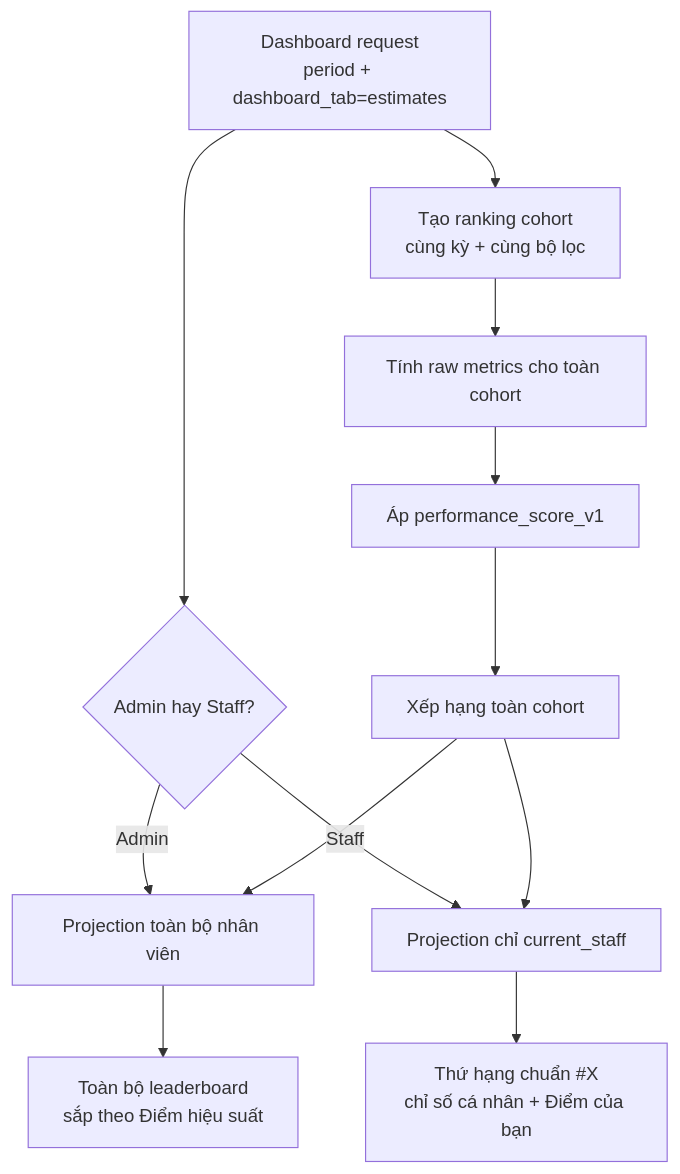
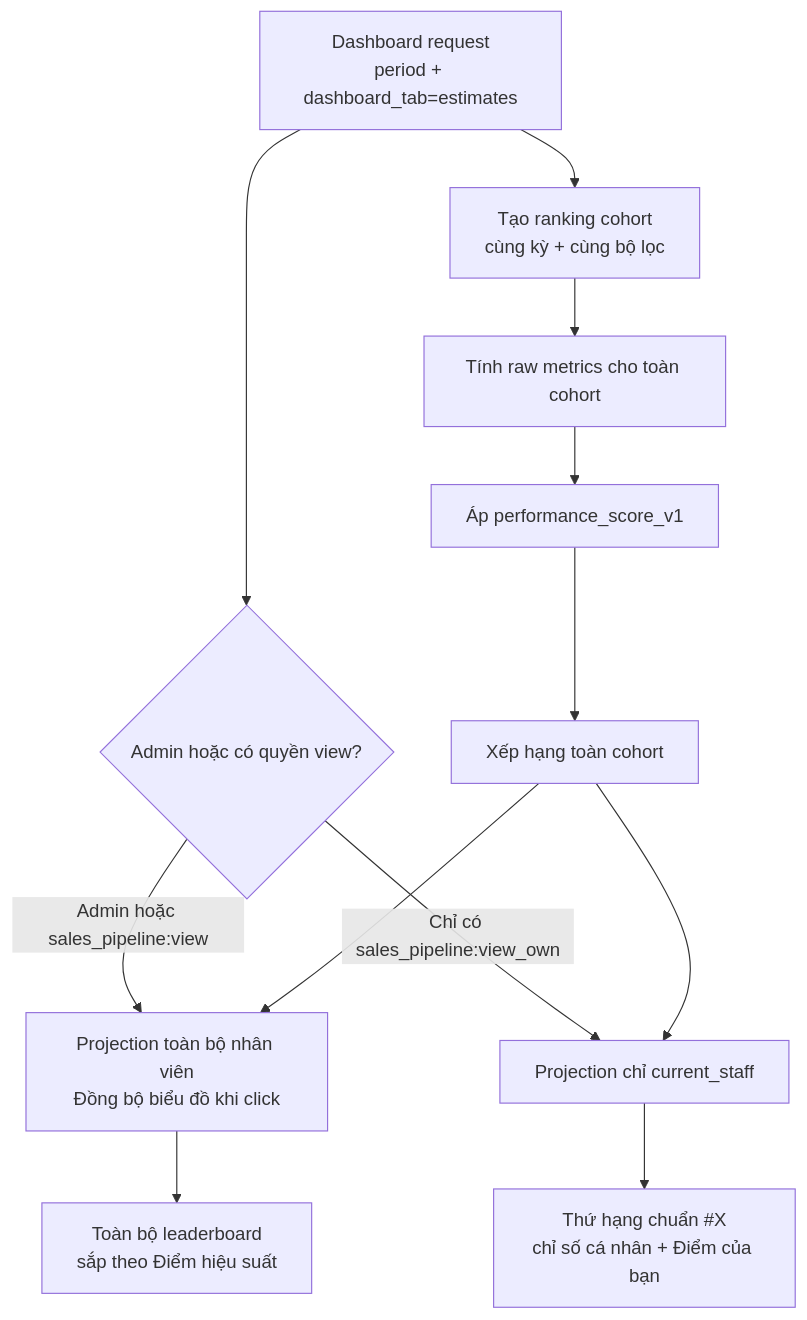
Before and after one commit to portal-Innotel-VN/portal_innotel_vn: the diagram in docs/plans/Sales Pipeline/planUI_Dashboard.md, drawn with Mermaid. The commit also changed 12 other files, not shown here.

Commit message:
feat(sales_pipeline): standardize capability permissions and sync estimate revenue KPI chart

````diff
--- a/docs/plans/Sales Pipeline/planUI_Dashboard.md
+++ b/docs/plans/Sales Pipeline/planUI_Dashboard.md
@@ -69,14 +69,14 @@
 ```mermaid
 flowchart TD
-    REQUEST["Dashboard request<br/>period + dashboard_tab=estimates"] --> AUTH{"Admin hay Staff?"}
+    REQUEST["Dashboard request<br/>period + dashboard_tab=estimates"] --> AUTH{"Admin hoặc có quyền view?"}
     REQUEST --> COHORT["Tạo ranking cohort<br/>cùng kỳ + cùng bộ lọc"]
     COHORT --> METRICS["Tính raw metrics cho toàn cohort"]
     METRICS --> SCORE["Áp performance_score_v1"]
     SCORE --> RANK["Xếp hạng toàn cohort"]
-    AUTH -- "Admin" --> ADMIN["Projection toàn bộ nhân viên"]
-    AUTH -- "Staff" --> PERSONAL["Projection chỉ current_staff"]
+    AUTH -- "Admin hoặc sales_pipeline:view" --> ADMIN["Projection toàn bộ nhân viên<br/>Đồng bộ biểu đồ khi click"]
+    AUTH -- "Chỉ có sales_pipeline:view_own" --> PERSONAL["Projection chỉ current_staff"]
     RANK --> ADMIN
     RANK --> PERSONAL
     PERSONAL --> STAFFUI["Thứ hạng chuẩn #X<br/>chỉ số cá nhân + Điểm của bạn"]
     ADMIN --> ADMINUI["Toàn bộ leaderboard<br/>sắp theo Điểm hiệu suất"]
 ```
````
